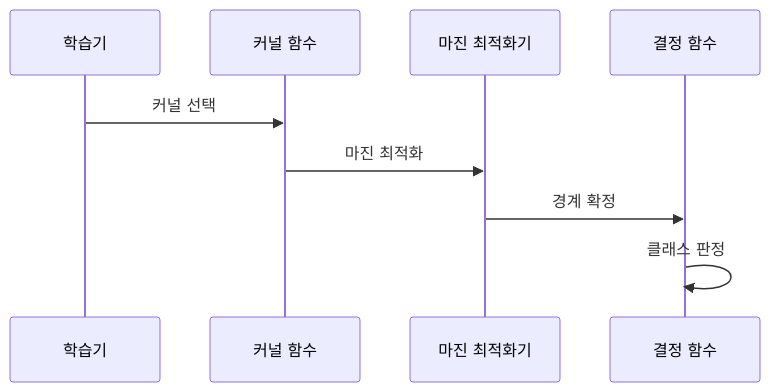
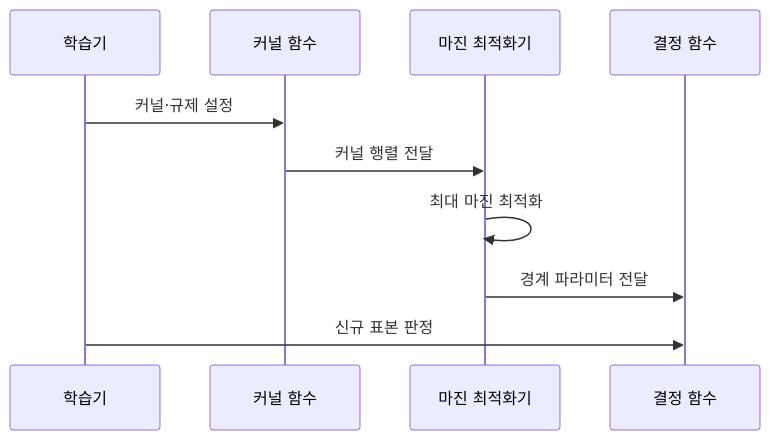
The second of 2 diagrams in src/content/docs/notes/01-basic-theory/050_svm.md (agnusdei1207/knowledge-base), drawn with Mermaid before and after one commit. The commit also changed other lines of this file and 7 other files, not shown here.

````diff
--- a/src/content/docs/notes/01-basic-theory/050_svm.md
+++ b/src/content/docs/notes/01-basic-theory/050_svm.md
@@ -90,11 +90,12 @@
 ```mermaid
 sequenceDiagram
     participant L as 학습기
     participant K as 커널 함수
     participant O as 마진 최적화기
     participant F as 결정 함수
-    L->>K: 커널 선택
-    K->>O: 마진 최적화
-    O->>F: 경계 확정
-    F->>F: 클래스 판정
+    L->>K: 커널·규제 설정
+    K->>O: 커널 행렬 전달
+    O->>O: 최대 마진 최적화
+    O->>F: 경계 파라미터 전달
+    L->>F: 신규 표본 판정
 ```
````
